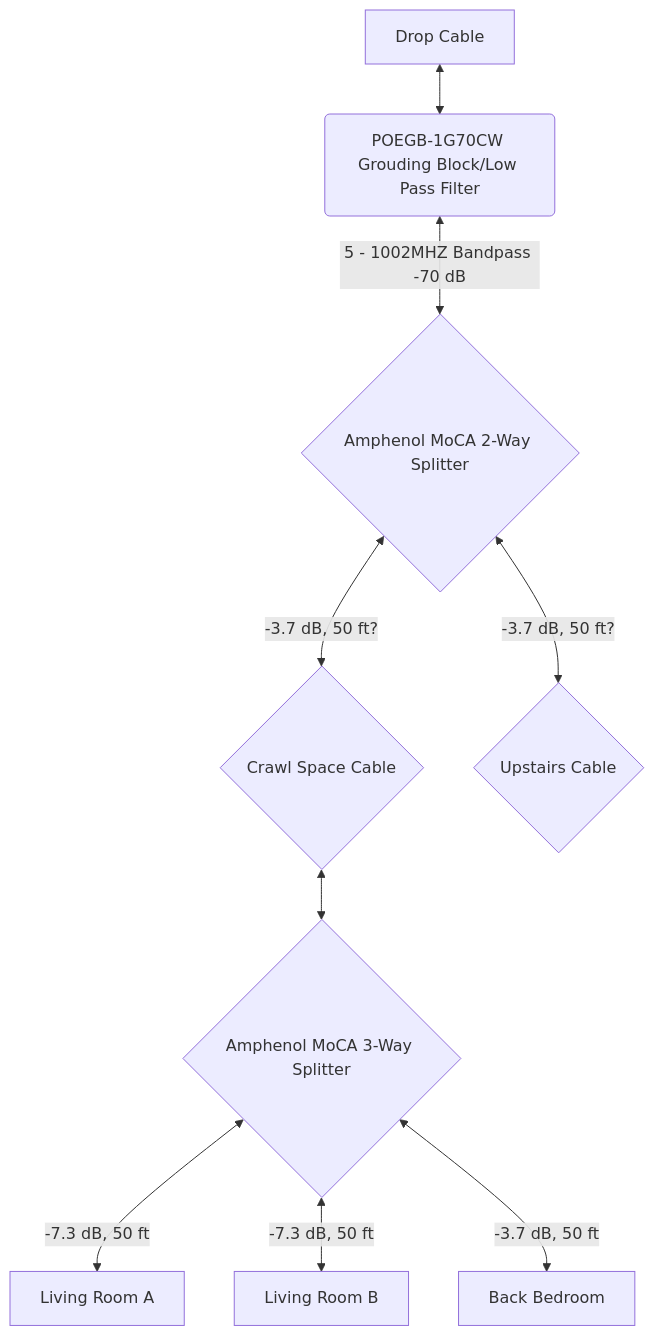
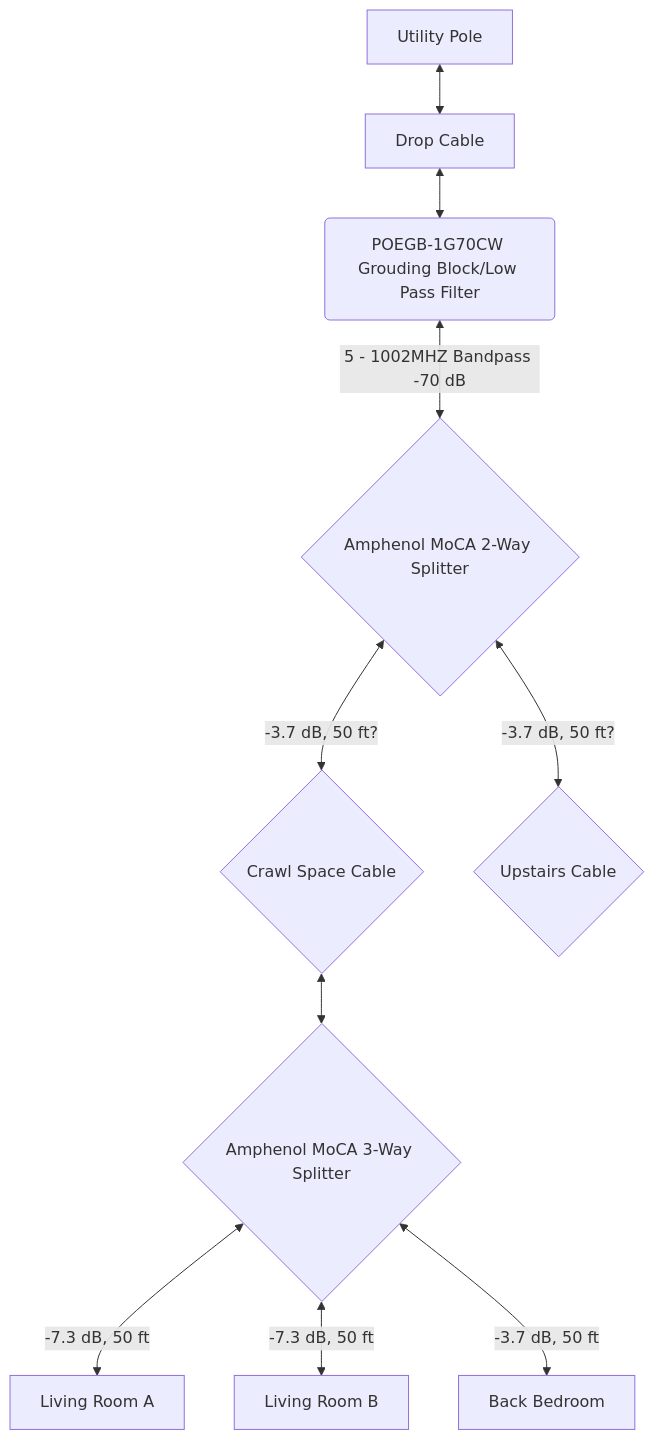
One commit to N7Alpha/coaxial-cable-network changed the diagram in README.md. Above: the diagram before and after it, drawn with Mermaid. The commit also changed other lines of this file and 2 other files, not shown here.

````diff
--- a/README.md
+++ b/README.md
@@ -7,14 +7,11 @@
 ```mermaid
 flowchart TD
+    T[Utility Pole] <--> A
     A[Drop Cable] <--> I(POEGB-1G70CW Grouding Block/Low Pass Filter)
     I <-->|5 - 1002MHZ Bandpass -70 dB| B{Amphenol MoCA 2-Way Splitter}
     B <-->|-3.7 dB, 50 ft?| H{Crawl Space Cable} <--> C{Amphenol MoCA 3-Way Splitter}
     B <-->|-3.7 dB, 50 ft?| O{Upstairs Cable}
     C <-->|-7.3 dB, 50 ft| D[Living Room A]
     C <-->|-7.3 dB, 50 ft| E[Living Room B]
     C <-->|-3.7 dB, 50 ft| F[Back Bedroom]
-
-    click I href "POEGB-1GCW, POEGB-1G70CW PPC MoCA POE 40-70dB Groundblock Specs_07102019.pdf" "Open Datasheet"
-    click B href "2-Way.jpg"
-    click C href "3-Way.jpg"
 ```
````
